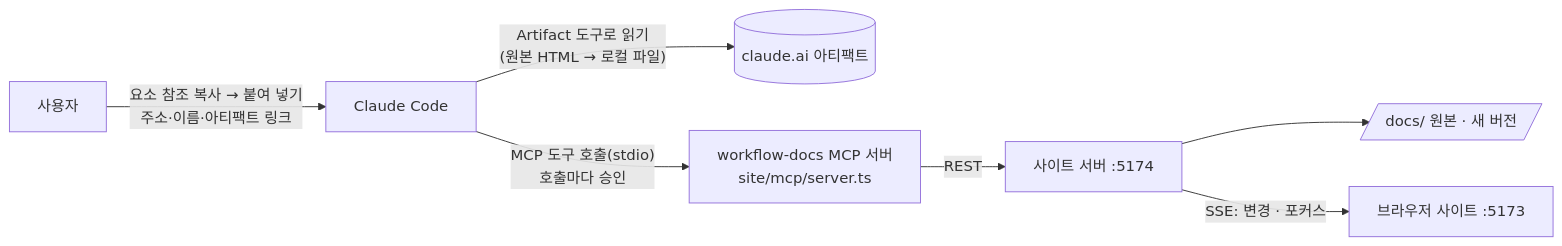
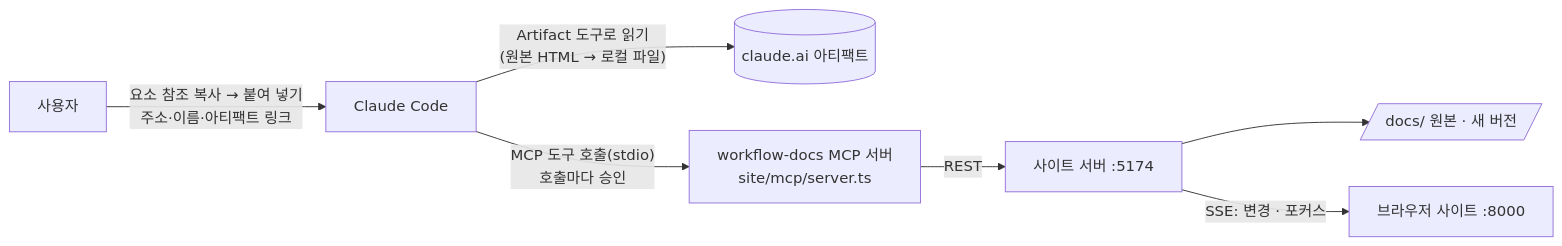
One commit to villainscode/workflow changed the diagram in REQUIREMENT-3.0.md. Above: the diagram before and after it, drawn with Mermaid. The commit also changed other lines of this file and 12 other files, not shown here.

````diff
--- a/REQUIREMENT-3.0.md
+++ b/REQUIREMENT-3.0.md
@@ -46,9 +46,9 @@
 ```mermaid
 flowchart LR
   U[사용자] -- "요소 참조 복사 → 붙여 넣기\n주소·이름·아티팩트 링크" --> CC[Claude Code]
   CC -- "Artifact 도구로 읽기\n(원본 HTML → 로컬 파일)" --> AF[(claude.ai 아티팩트)]
   CC -- "MCP 도구 호출(stdio)\n호출마다 승인" --> M[workflow-docs MCP 서버<br>site/mcp/server.ts]
   M -- REST --> S[사이트 서버 :5174]
   S --> D[/docs/ 원본 · 새 버전/]
-  S -- "SSE: 변경 · 포커스" --> B[브라우저 사이트 :5173]
+  S -- "SSE: 변경 · 포커스" --> B[브라우저 사이트 :8000]
 ```
````
